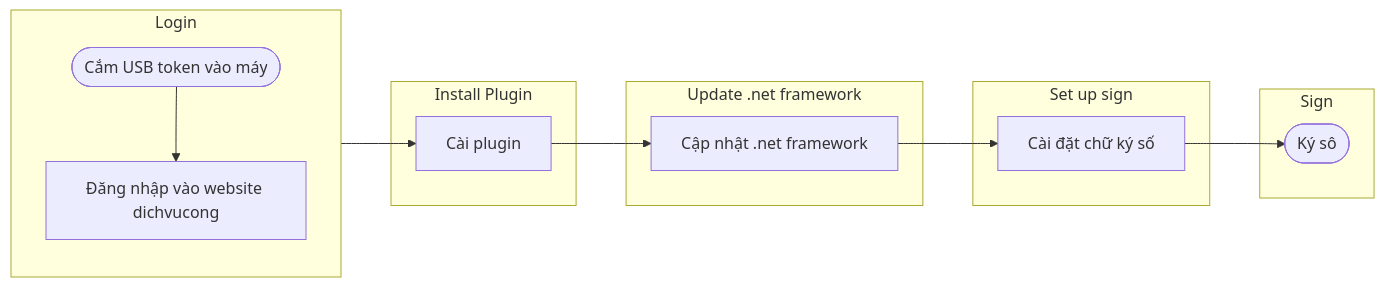
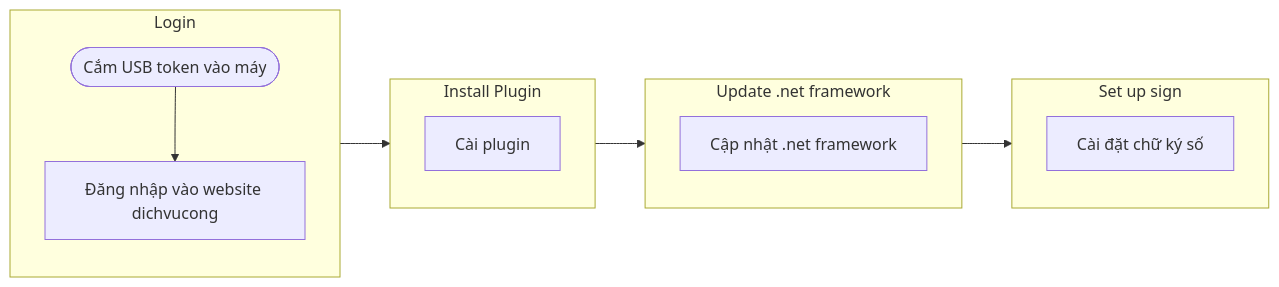
Before and after one commit to ramboviking/stat: the diagram in innovation/retrieve.md, drawn with Mermaid.

````diff
--- a/innovation/retrieve.md
+++ b/innovation/retrieve.md
@@ -4,19 +4,19 @@
 ```mermaid
   graph LR
     subgraph Login
       direction TB
       A([Cắm USB token vào máy]) --> B[Đăng nhập vào website dichvucong];
     end
     subgraph Install Plugin
+      direction TB
       B --> C[Cài plugin];
     end
     subgraph Update .net framework
+      direction TB
       C --> D[Cập nhật .net framework];
     end
     subgraph Set up sign
+      direction TB
       D --> E[Cài đặt chữ ký số];
     end
-    subgraph Sign
-      E --> F([Ký sô]);
-    end
 ```
````
